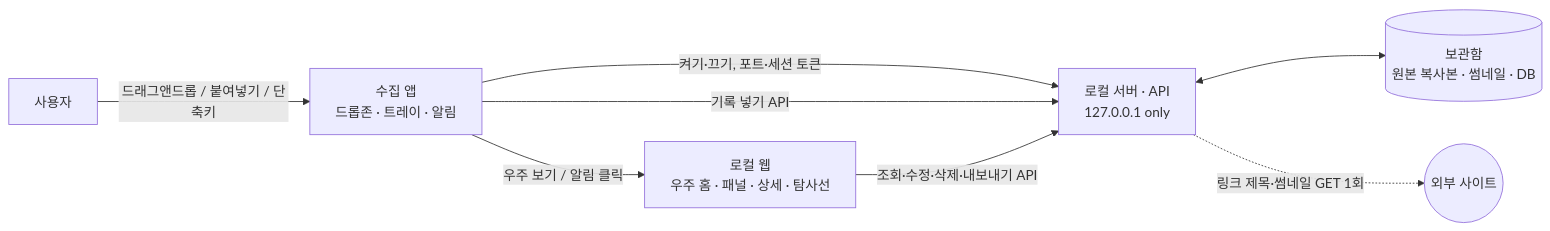
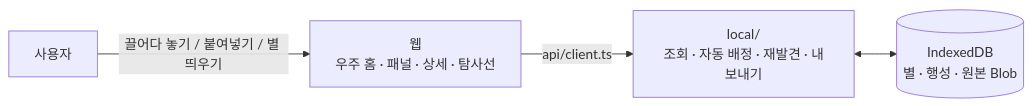
Before and after one commit to junhyunu/space: the diagram in README.md, drawn with Mermaid. The commit also changed other lines of this file and 119 other files, not shown here.

````diff
--- a/README.md
+++ b/README.md
@@ -63,10 +74,6 @@
 ```mermaid
 flowchart LR
-    U[사용자] -- 드래그앤드롭 / 붙여넣기 / 단축키 --> C[수집 앱<br>드롭존 · 트레이 · 알림]
-    C -- 켜기·끄기, 포트·세션 토큰 --> S[로컬 서버 · API<br>127.0.0.1 only]
-    C -- 기록 넣기 API --> S
-    S <--> V[(보관함<br>원본 복사본 · 썸네일 · DB)]
-    C -- "우주 보기" / 알림 클릭 --> W[로컬 웹<br>우주 홈 · 패널 · 상세 · 탐사선]
-    W -- 조회·수정·삭제·내보내기 API --> S
-    S -. 링크 제목·썸네일 GET 1회 .-> X((외부 사이트))
+    U[사용자] -- 끌어다 놓기 / 붙여넣기 / 별 띄우기 --> W[웹<br>우주 홈 · 패널 · 상세 · 탐사선]
+    W -- api/client.ts --> L[local/<br>조회 · 자동 배정 · 재발견 · 내보내기]
+    L <--> D[(IndexedDB<br>별 · 행성 · 원본 Blob)]
 ```
````
